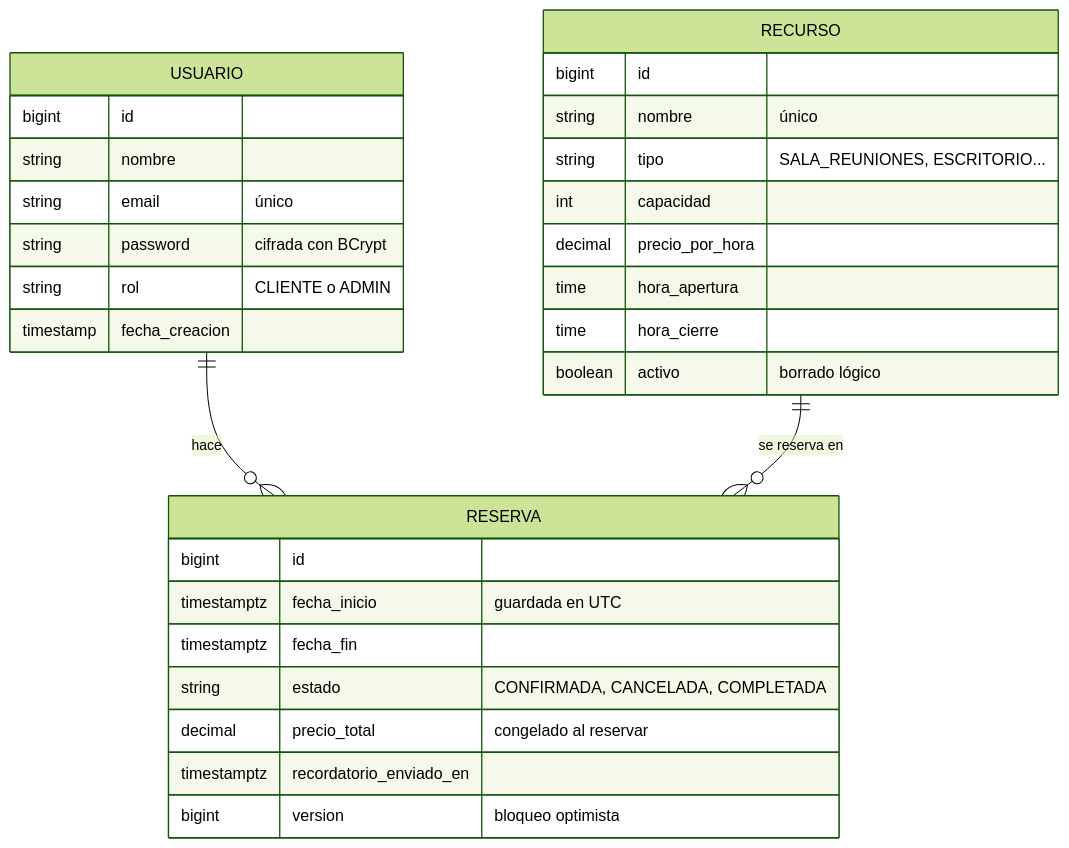
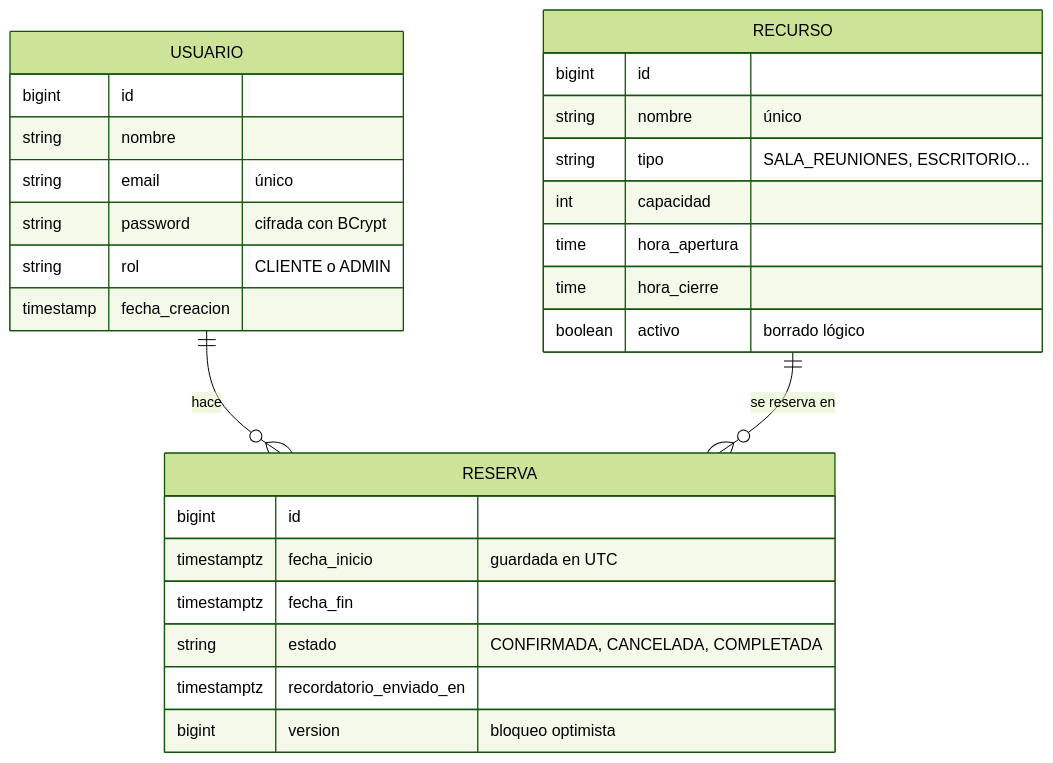
Before and after one commit to RamCupido/sistema-reservas-coworking: the third of 5 diagrams in README.md, drawn with Mermaid (forest theme). The commit also changed other lines of this file, not shown here.

````diff
--- a/README.md
+++ b/README.md
@@ -150,33 +150,31 @@
 ```mermaid
 erDiagram
     USUARIO ||--o{ RESERVA : "hace"
     RECURSO ||--o{ RESERVA : "se reserva en"
 
     USUARIO {
         bigint id
         string nombre
         string email "único"
         string password "cifrada con BCrypt"
         string rol "CLIENTE o ADMIN"
         timestamp fecha_creacion
     }
     RECURSO {
         bigint id
         string nombre "único"
         string tipo "SALA_REUNIONES, ESCRITORIO..."
         int capacidad
-        decimal precio_por_hora
         time hora_apertura
         time hora_cierre
         boolean activo "borrado lógico"
     }
     RESERVA {
         bigint id
         timestamptz fecha_inicio "guardada en UTC"
         timestamptz fecha_fin
         string estado "CONFIRMADA, CANCELADA, COMPLETADA"
-        decimal precio_total "congelado al reservar"
         timestamptz recordatorio_enviado_en
         bigint version "bloqueo optimista"
     }
 ```
````
